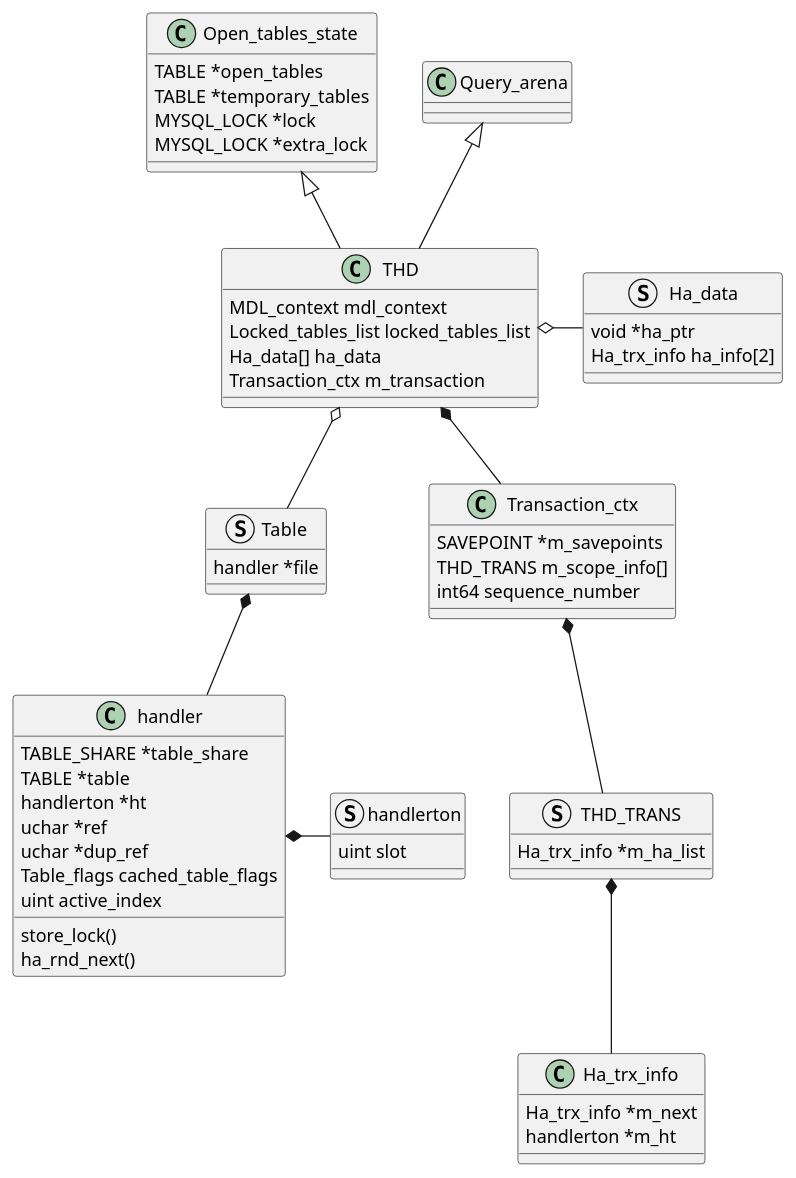
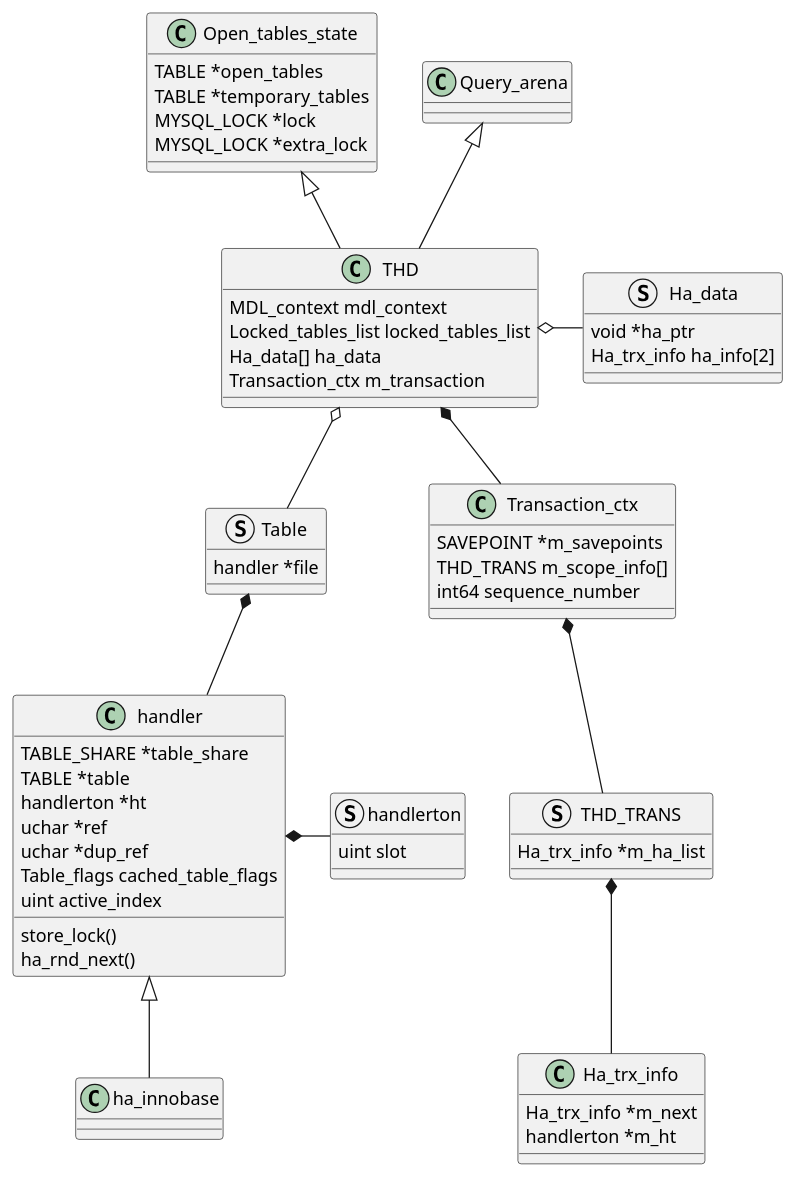
One commit to kevinwang930/kevinwang930.github.io changed the first of 3 diagrams in content/post/data/db/mysql/innodb/index.md. Above: the diagram before and after it, drawn with PlantUML. The commit also changed 4 other files, not shown here.

````diff
--- a/content/post/data/db/mysql/innodb/index.md
+++ b/content/post/data/db/mysql/innodb/index.md
@@ -38,78 +38,80 @@
 ```plantuml
 
 struct Table {
   handler *file
 }
 
 class handler {
   TABLE_SHARE *table_share
   TABLE *table
   handlerton *ht
   uchar *ref
   uchar *dup_ref
   Table_flags cached_table_flags
   uint active_index
   store_lock()
   ha_rnd_next()
 }
 struct handlerton {
 uint slot
 }
 
 
-
+class ha_innobase extends handler {
+  
+}
 
 
 class Open_tables_state {
   TABLE *open_tables
   TABLE *temporary_tables
   MYSQL_LOCK *lock
   MYSQL_LOCK *extra_lock
 }
 
 
 
 class THD extends Query_arena,Open_tables_state {
   MDL_context mdl_context
   Locked_tables_list locked_tables_list
   Ha_data[] ha_data
   Transaction_ctx m_transaction
 }
 
 struct  Ha_data {
   void *ha_ptr
   Ha_trx_info ha_info[2]
 }
 
 
 
 
 class Transaction_ctx {
   SAVEPOINT *m_savepoints
   THD_TRANS m_scope_info[]
   int64 sequence_number
 }
 
 
 struct THD_TRANS {
   Ha_trx_info *m_ha_list
 }
 
 class Ha_trx_info {
   Ha_trx_info *m_next
   handlerton *m_ht
 
 }
 
 
 THD o-- Table
 THD o- Ha_data
 THD *-- Transaction_ctx
 
 Table *-- handler
 handler *- handlerton
 
 Transaction_ctx *-- THD_TRANS
 THD_TRANS *-- Ha_trx_info
 
 ```
````
